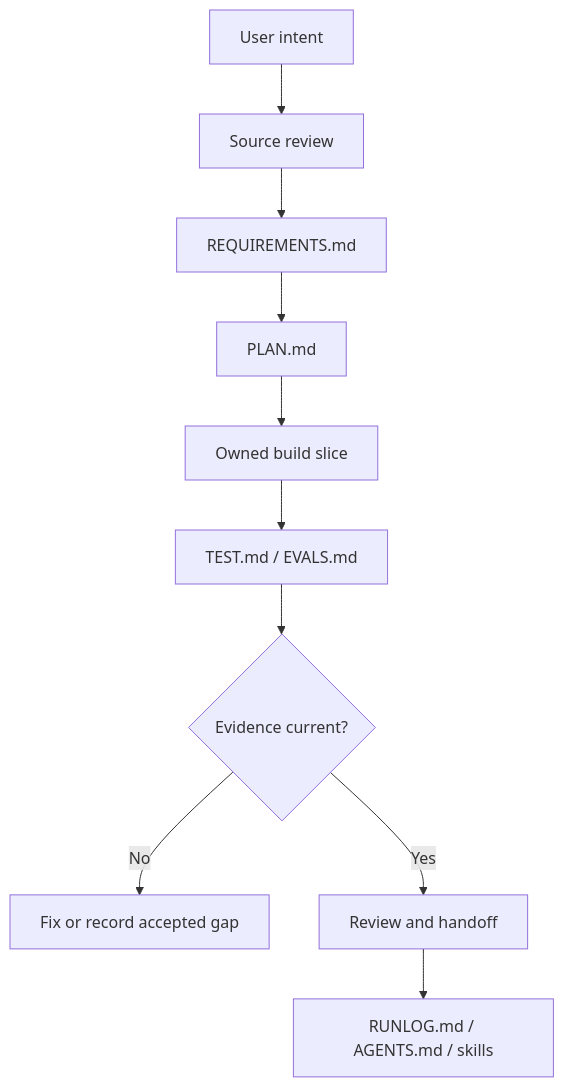
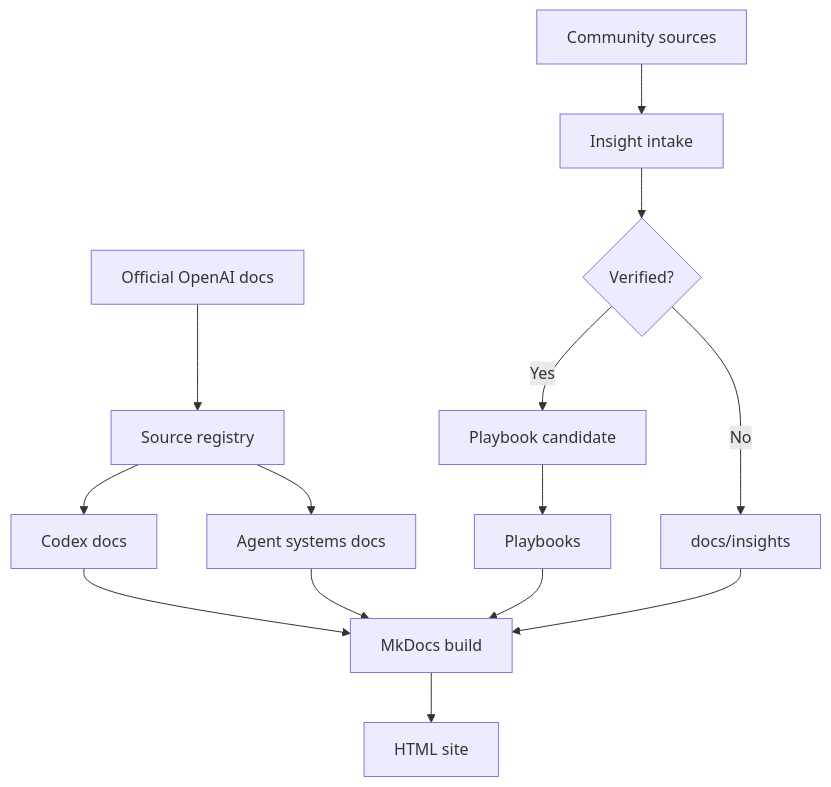
One commit to alexroadcaster/product-agent-os changed the first of 5 diagrams in docs/diagrams/architecture.en.md. Above: the diagram before and after it, drawn with Mermaid. The commit also changed other lines of this file and 560 other files, not shown here.

````diff
--- a/docs/diagrams/architecture.en.md
+++ b/docs/diagrams/architecture.en.md
@@ -7,12 +9,16 @@
 ```mermaid
 flowchart TD
-    A["User intent"] --> B["Source review"]
-    B --> C["REQUIREMENTS.md"]
-    C --> D["PLAN.md"]
-    D --> E["Owned build slice"]
-    E --> F["TEST.md / EVALS.md"]
-    F --> G{"Evidence current?"}
-    G -->|No| H["Fix or record accepted gap"]
-    G -->|Yes| I["Review and handoff"]
-    I --> J["RUNLOG.md / AGENTS.md / skills"]
+    A["Official OpenAI docs"] --> B["Source registry"]
+    C["Community sources"] --> D["Insight intake"]
+    D --> E{"Verified?"}
+    E -->|No| F["docs/insights"]
+    E -->|Yes| G["Playbook candidate"]
+    B --> H["Codex docs"]
+    B --> I["Agent systems docs"]
+    G --> J["Playbooks"]
+    H --> K["MkDocs build"]
+    I --> K
+    J --> K
+    F --> K
+    K --> L["HTML site"]
 ```
````
